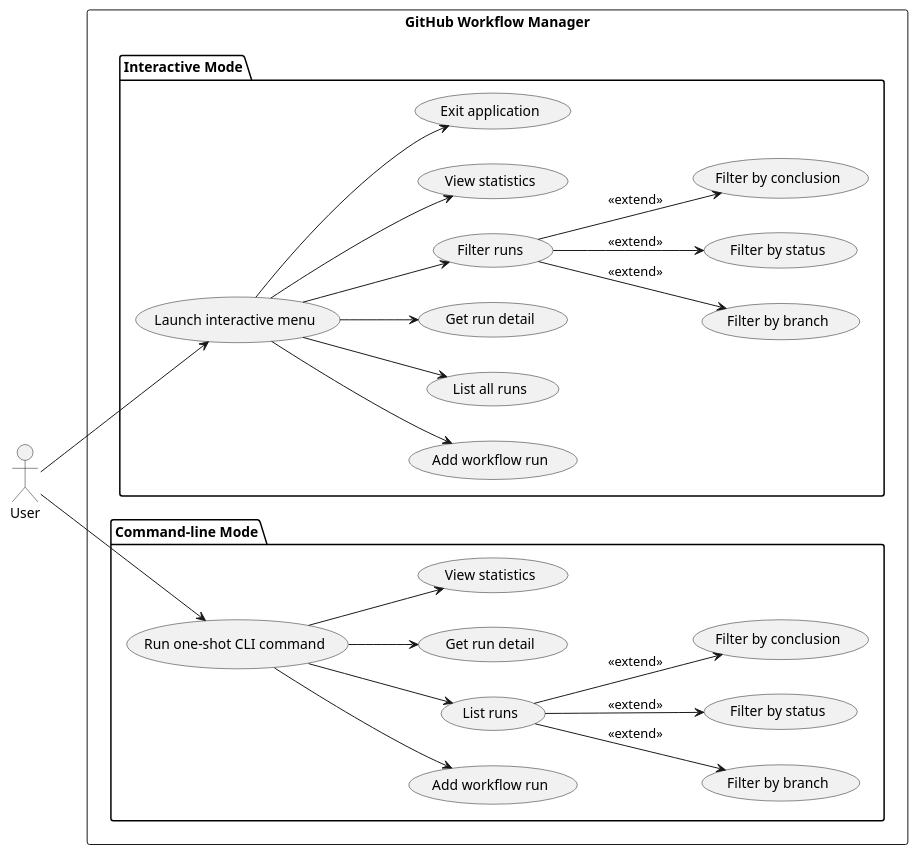
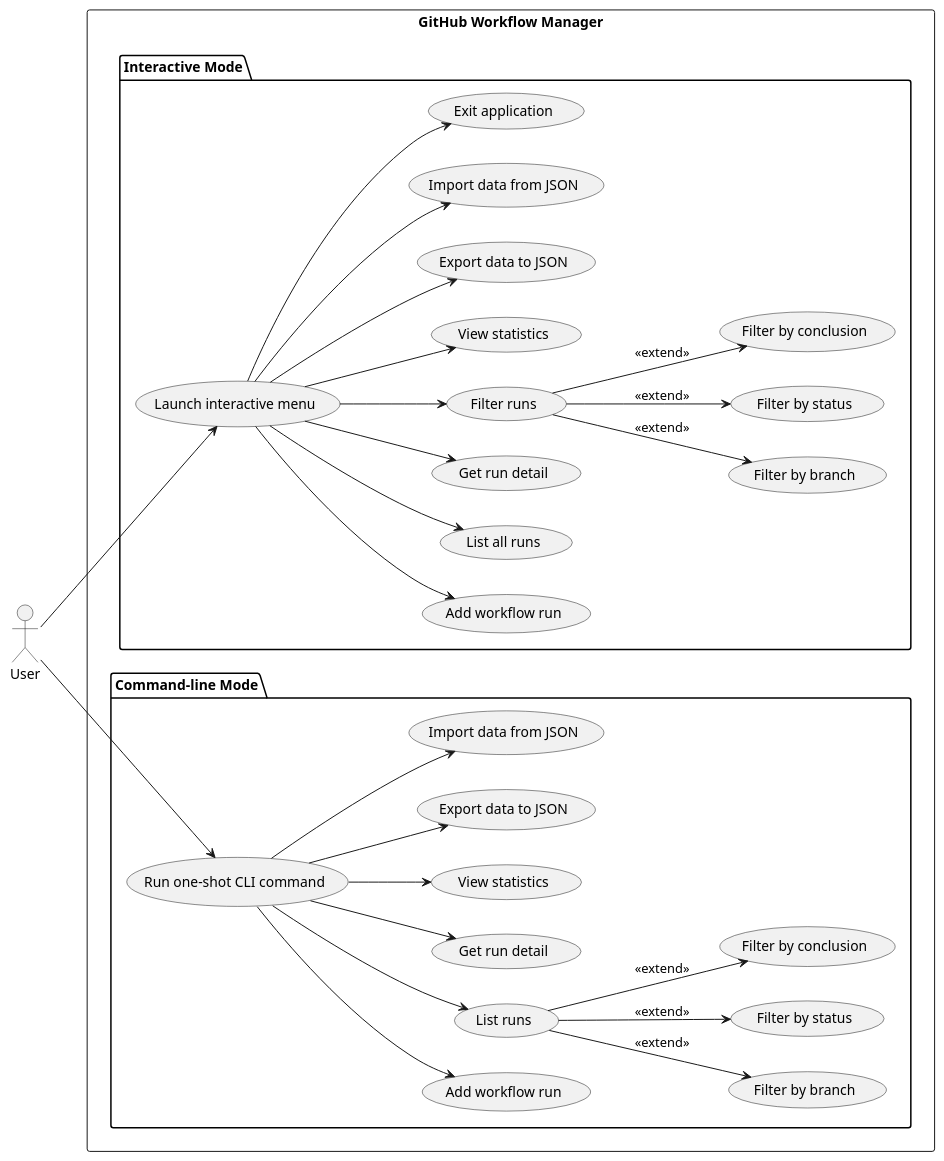
The diagram in experiments/broadcast/test_driven/github-workflow-manager/artifacts/use_case_diagram.puml (DanielRiha8906/Software_autoevolution_using_agents), drawn with PlantUML before and after one commit. The commit also changed 4 other files, not shown here.

```diff
--- a/experiments/broadcast/test_driven/github-workflow-manager/artifacts/use_case_diagram.puml
+++ b/experiments/broadcast/test_driven/github-workflow-manager/artifacts/use_case_diagram.puml
@@ -1,57 +1,65 @@
 @startuml use_case_diagram
 
 left to right direction
 
 actor User
 
 rectangle "GitHub Workflow Manager" {
 
   package "Interactive Mode" {
     usecase "Launch interactive menu"  as UI
     usecase "Add workflow run"         as I_ADD
     usecase "List all runs"            as I_LIST
     usecase "Get run detail"           as I_DETAIL
     usecase "Filter runs"              as I_FILTER
     usecase "Filter by branch"         as I_FBRANCH
     usecase "Filter by status"         as I_FSTATUS
     usecase "Filter by conclusion"     as I_FCONCL
     usecase "View statistics"          as I_STATS
+    usecase "Export data to JSON"      as I_EXPORT
+    usecase "Import data from JSON"    as I_IMPORT
     usecase "Exit application"         as I_EXIT
   }
 
   package "Command-line Mode" {
     usecase "Run one-shot CLI command" as CLI
     usecase "Add workflow run"         as C_ADD
     usecase "List runs"                as C_LIST
     usecase "Filter by branch"         as C_FBRANCH
     usecase "Filter by status"         as C_FSTATUS
     usecase "Filter by conclusion"     as C_FCONCL
     usecase "Get run detail"           as C_DETAIL
     usecase "View statistics"          as C_STATS
+    usecase "Export data to JSON"      as C_EXPORT
+    usecase "Import data from JSON"    as C_IMPORT
   }
 }
 
 User --> UI
 User --> CLI
 
 UI --> I_ADD
 UI --> I_LIST
 UI --> I_DETAIL
 UI --> I_FILTER
 UI --> I_STATS
+UI --> I_EXPORT
+UI --> I_IMPORT
 UI --> I_EXIT
 
 I_FILTER --> I_FBRANCH  : <<extend>>
 I_FILTER --> I_FSTATUS  : <<extend>>
 I_FILTER --> I_FCONCL   : <<extend>>
 
 CLI --> C_ADD
 CLI --> C_LIST
 CLI --> C_DETAIL
 CLI --> C_STATS
+CLI --> C_EXPORT
+CLI --> C_IMPORT
 
 C_LIST --> C_FBRANCH  : <<extend>>
 C_LIST --> C_FSTATUS  : <<extend>>
 C_LIST --> C_FCONCL   : <<extend>>
 
 @enduml
```
